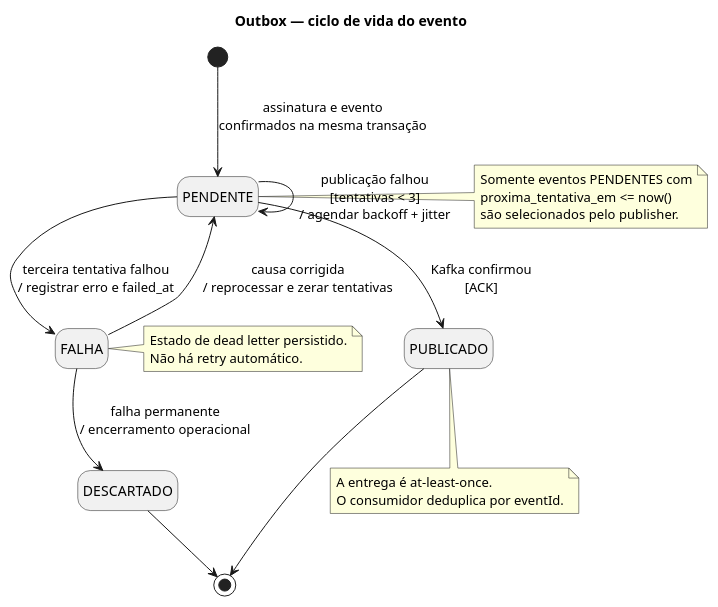
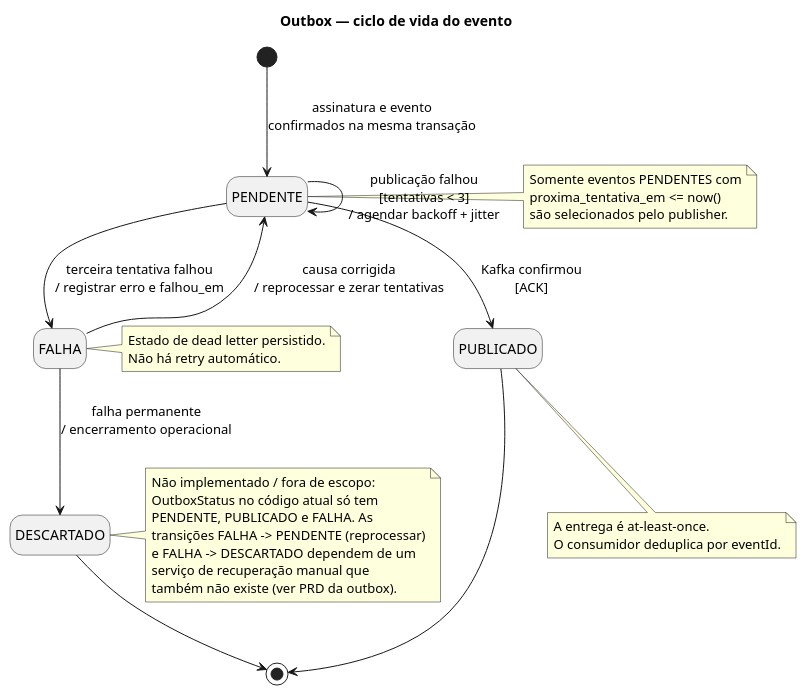
Before and after one commit to fabriciosouza21/assinatura: the diagram in docs/adesao/outbox-diagrama-estados.puml, drawn with PlantUML. The commit also changed 18 other files, not shown here.

First line of the commit message:
docs: sincroniza diagramas plantuml com a implementacao atual

```diff
--- a/docs/adesao/outbox-diagrama-estados.puml
+++ b/docs/adesao/outbox-diagrama-estados.puml
@@ -1,34 +1,44 @@
 @startuml
 title Outbox — ciclo de vida do evento
 
 hide empty description
 
 [*] --> PENDENTE : assinatura e evento\nconfirmados na mesma transação
 
 PENDENTE --> PUBLICADO : Kafka confirmou\n[ACK]
 PENDENTE --> PENDENTE : publicação falhou\n[tentativas < 3]\n/ agendar backoff + jitter
-PENDENTE --> FALHA : terceira tentativa falhou\n/ registrar erro e failed_at
+PENDENTE --> FALHA : terceira tentativa falhou\n/ registrar erro e falhou_em
 
 FALHA --> PENDENTE : causa corrigida\n/ reprocessar e zerar tentativas
 FALHA --> DESCARTADO : falha permanente\n/ encerramento operacional
 
 PUBLICADO --> [*]
 DESCARTADO --> [*]
 
 note right of PENDENTE
   Somente eventos PENDENTES com
   proxima_tentativa_em <= now()
   são selecionados pelo publisher.
 end note
 
 note right of FALHA
   Estado de dead letter persistido.
   Não há retry automático.
 end note
 
+note right of DESCARTADO
+  Não implementado / fora de escopo:
+  OutboxStatus no código atual só tem
+  PENDENTE, PUBLICADO e FALHA. As
+  transições FALHA -> PENDENTE (reprocessar)
+  e FALHA -> DESCARTADO dependem de um
+  serviço de recuperação manual que
+  também não existe (ver PRD da outbox).
+end note
+
 note bottom of PUBLICADO
   A entrega é at-least-once.
   O consumidor deduplica por eventId.
 end note
 
 @enduml
```
